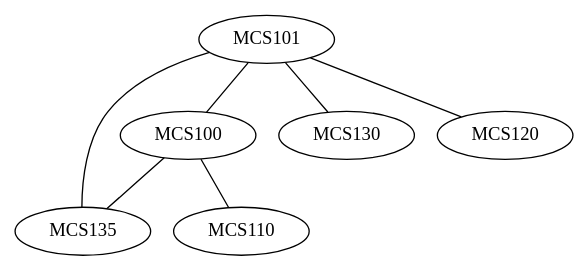
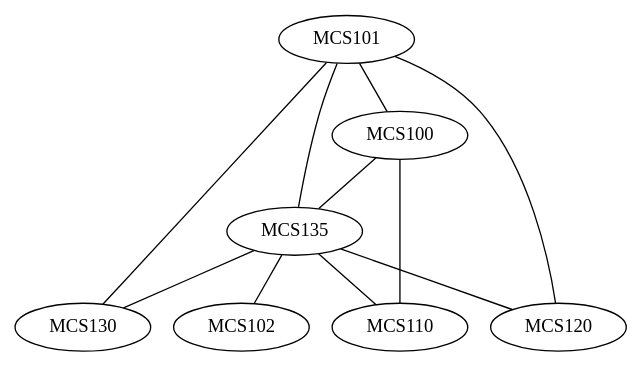
One commit to tnichols217/notes changed the diagram in CSDS 302 - Discrete Math/HW/9.md. Above: the diagram before and after it, drawn with Graphviz.

Commit message:
vault backup: 2024-01-28 21:43:40

````diff
--- a/CSDS 302 - Discrete Math/HW/9.md
+++ b/CSDS 302 - Discrete Math/HW/9.md
@@ -22,6 +22,8 @@
 ```dot
 graph{
 	MCS101--{MCS100 MCS135 MCS130 MCS120}
 	MCS100--{MCS110 MCS135}
+	MCS135--{MCS130 MCS120 MCS110 MCS102}
+	MCS130--{}
 }
 ```
````
